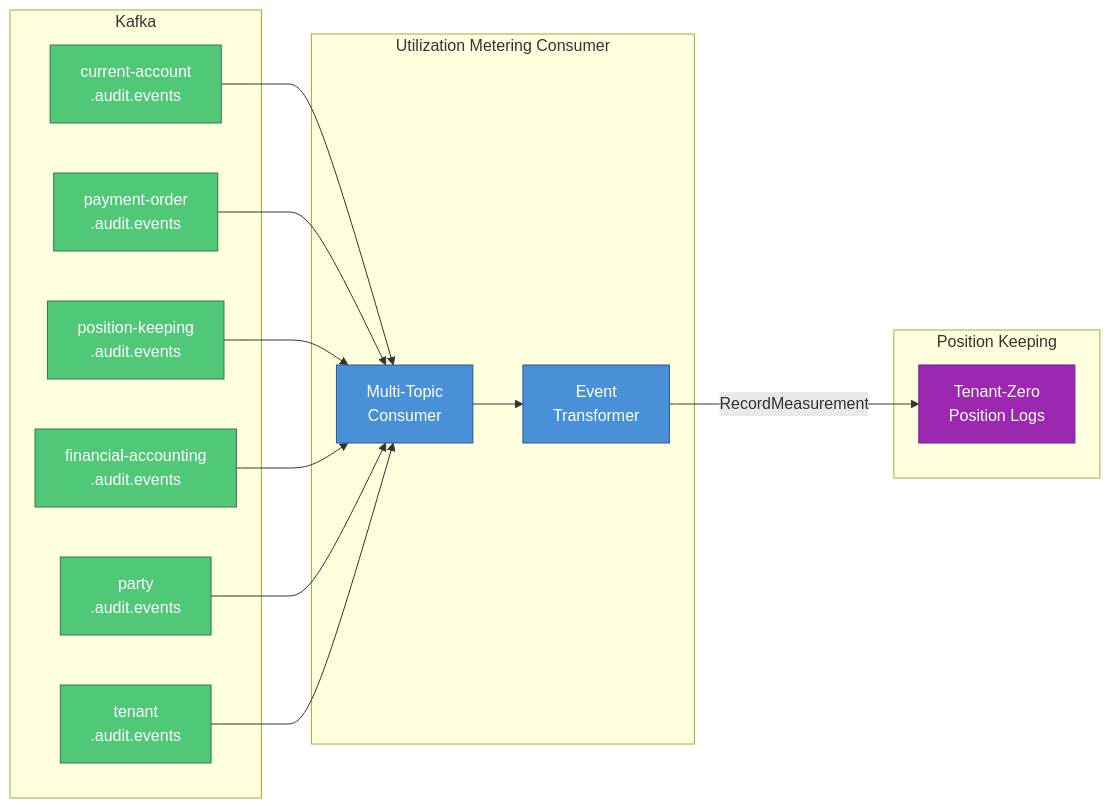
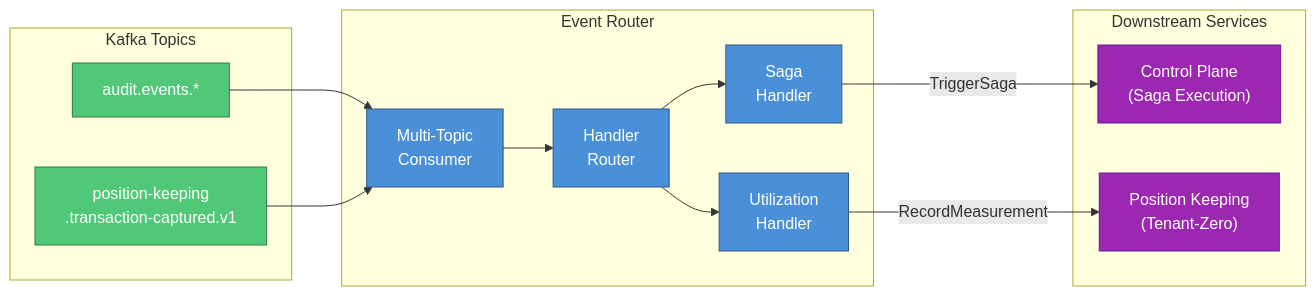
The diagram in services/event-router/README.md (meridianhub/meridian), drawn with Mermaid before and after one commit. The commit also changed other lines of this file and 15 other files, not shown here.

````diff
--- a/services/event-router/README.md
+++ b/services/event-router/README.md
@@ -114,36 +73,34 @@
 ```mermaid
 flowchart LR
-    subgraph Kafka["Kafka"]
-        T1["current-account<br/>.audit.events"]
-        T2["payment-order<br/>.audit.events"]
-        T3["position-keeping<br/>.audit.events"]
-        T4["financial-accounting<br/>.audit.events"]
-        T5["party<br/>.audit.events"]
-        T6["tenant<br/>.audit.events"]
+    subgraph Kafka["Kafka Topics"]
+        T1["audit.events.*"]
+        T2["position-keeping<br/>.transaction-captured.v1"]
     end
 
-    subgraph UMC["Utilization Metering Consumer"]
+    subgraph ER["Event Router"]
         Consumer["Multi-Topic<br/>Consumer"]
-        Transformer["Event<br/>Transformer"]
+        Router["Handler<br/>Router"]
+        SH["Saga<br/>Handler"]
+        UH["Utilization<br/>Handler"]
     end
 
-    subgraph PK["Position Keeping"]
-        TenantZero["Tenant-Zero<br/>Position Logs"]
+    subgraph Downstream["Downstream Services"]
+        CP["Control Plane<br/>(Saga Execution)"]
+        PK["Position Keeping<br/>(Tenant-Zero)"]
     end
 
     T1 --> Consumer
     T2 --> Consumer
-    T3 --> Consumer
-    T4 --> Consumer
-    T5 --> Consumer
-    T6 --> Consumer
-    Consumer --> Transformer
-    Transformer -->|RecordMeasurement| TenantZero
+    Consumer --> Router
+    Router --> SH
+    Router --> UH
+    SH -->|TriggerSaga| CP
+    UH -->|RecordMeasurement| PK
 
     classDef kafka fill:#50c878,stroke:#2d7a4a,color:#fff
     classDef service fill:#4a90d9,stroke:#2d5a87,color:#fff
-    classDef storage fill:#9c27b0,stroke:#6a1b9a,color:#fff
-    class T1,T2,T3,T4,T5,T6 kafka
-    class Consumer,Transformer service
-    class TenantZero storage
+    classDef downstream fill:#9c27b0,stroke:#6a1b9a,color:#fff
+    class T1,T2 kafka
+    class Consumer,Router,SH,UH service
+    class CP,PK downstream
 ```
````
